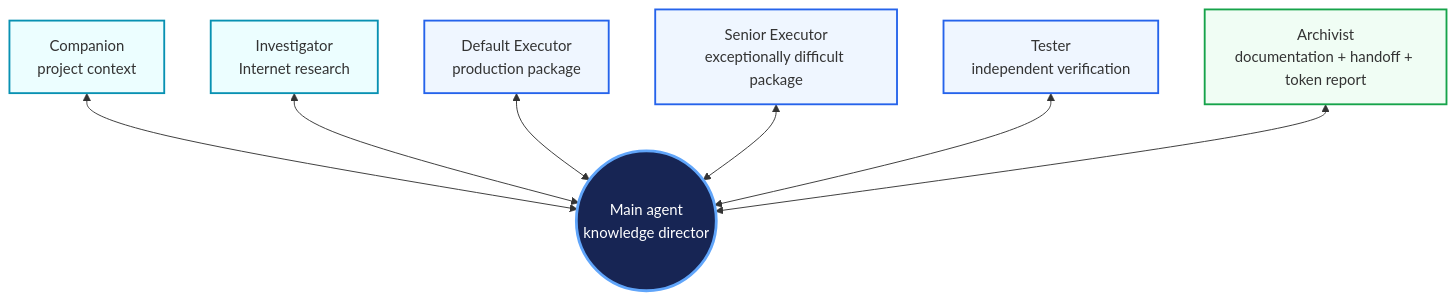
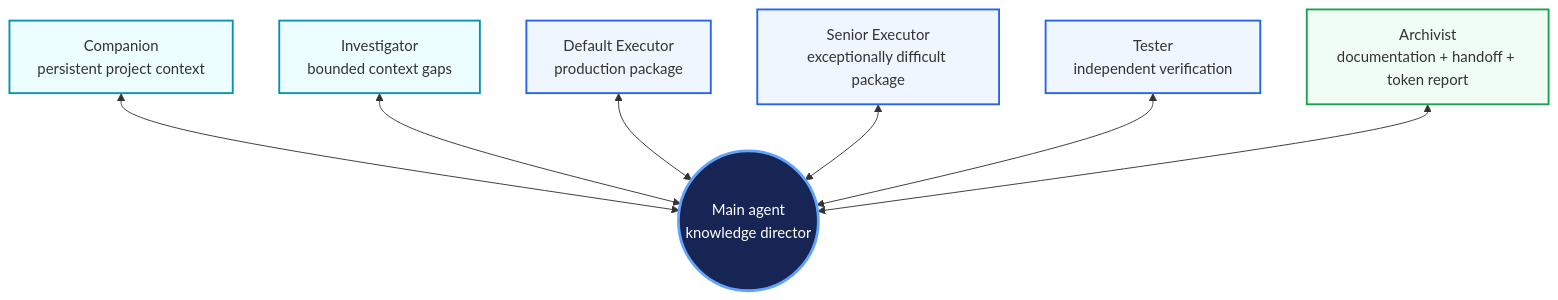
Before and after one commit to Aerox912/codex_workflow: the diagram in workflow_break_down.md, drawn with Mermaid. The commit also changed other lines of this file and 15 other files, not shown here.

````diff
--- a/workflow_break_down.md
+++ b/workflow_break_down.md
@@ -229,18 +233,18 @@
 ```mermaid
 flowchart TB
-    C["Companion<br/>project context"] <--> M(("Main agent<br/>knowledge director"))
-    I["Investigator<br/>Internet research"] <--> M
+    C["Companion<br/>persistent project context"] <--> M(("Main agent<br/>knowledge director"))
+    I["Investigator<br/>bounded context gaps"] <--> M
     E["Default Executor<br/>production package"] <--> M
     S["Senior Executor<br/>exceptionally difficult package"] <--> M
     T["Tester<br/>independent verification"] <--> M
     D["Archivist<br/>documentation + handoff + token report"] <--> M
 
     classDef main fill:#172554,color:#fff,stroke:#60a5fa,stroke-width:3px;
     classDef support fill:#ecfeff,stroke:#0891b2,stroke-width:2px;
     classDef execution fill:#eff6ff,stroke:#2563eb,stroke-width:2px;
     classDef closure fill:#f0fdf4,stroke:#16a34a,stroke-width:2px;
     class M main;
     class C,I support;
     class E,S,T execution;
     class D closure;
 ```
````
